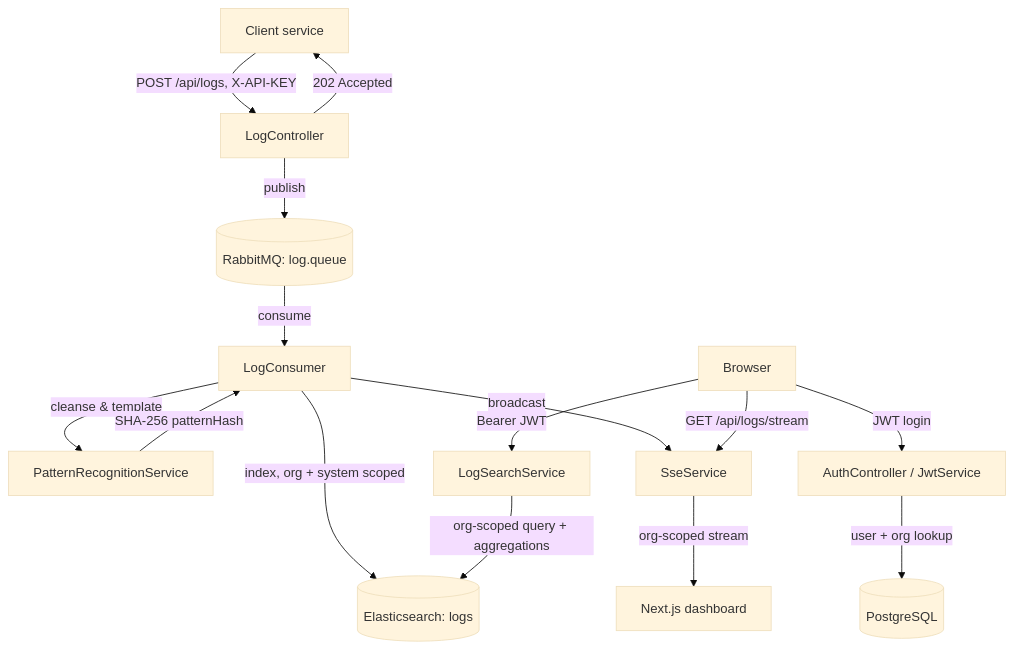
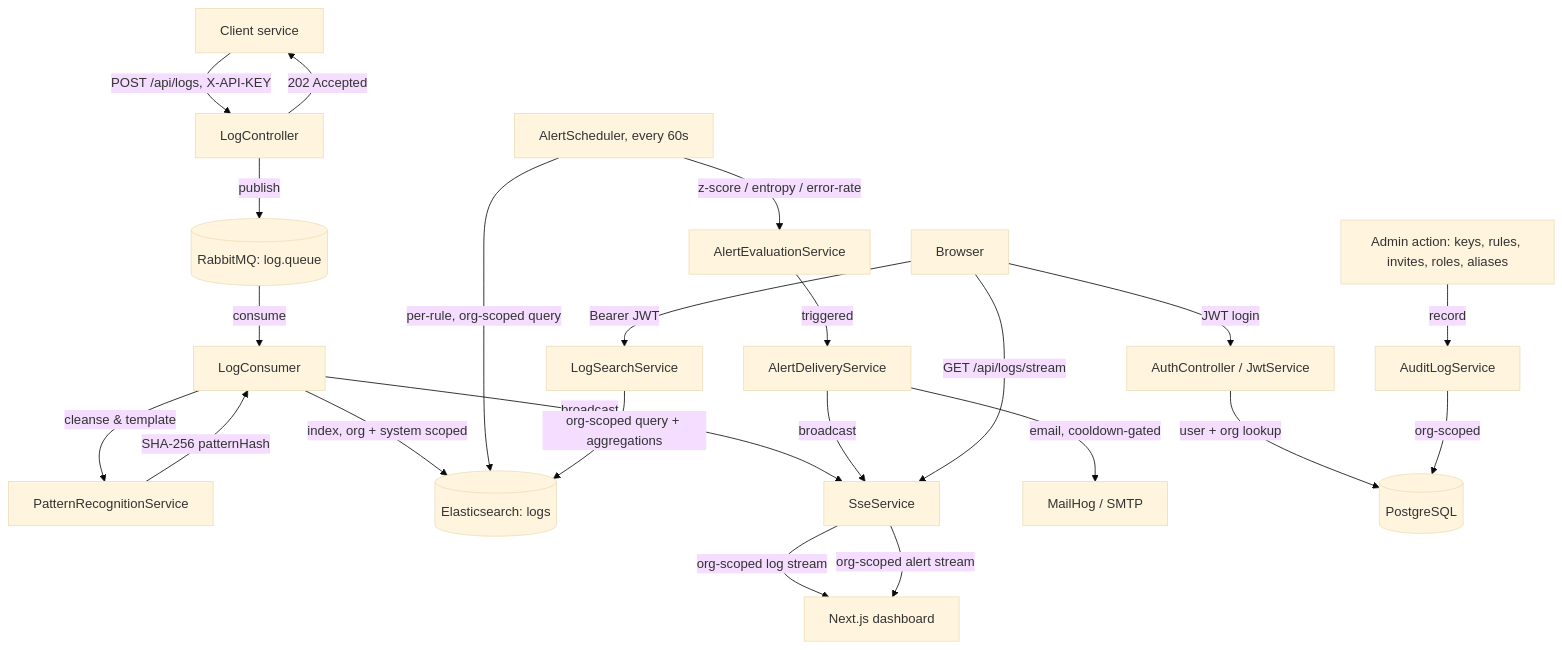
Before and after one commit to ARArnob/LogMetric: the diagram in README.md, drawn with Mermaid (base theme). The commit also changed other lines of this file, not shown here.

````diff
--- a/README.md
+++ b/README.md
@@ -26,20 +29,30 @@
 ```mermaid
 graph TD
     Client[Client service] -->|POST /api/logs, X-API-KEY| LC[LogController]
     LC -->|202 Accepted| Client
     LC -->|publish| RMQ[(RabbitMQ: log.queue)]
 
     RMQ -->|consume| LCons[LogConsumer]
     LCons -->|cleanse & template| PRS[PatternRecognitionService]
     PRS -->|SHA-256 patternHash| LCons
     LCons -->|index, org + system scoped| ES[(Elasticsearch: logs)]
     LCons -->|broadcast| SSE[SseService]
 
-    SSE -->|org-scoped stream| UI[Next.js dashboard]
+    SSE -->|org-scoped log stream| UI[Next.js dashboard]
+
+    Sched[AlertScheduler, every 60s] -->|per-rule, org-scoped query| ES
+    Sched -->|z-score / entropy / error-rate| AES[AlertEvaluationService]
+    AES -->|triggered| ADS[AlertDeliveryService]
+    ADS -->|email, cooldown-gated| Mail[MailHog / SMTP]
+    ADS -->|broadcast| SSE
+    SSE -->|org-scoped alert stream| UI
 
     Browser[Browser] -->|JWT login| Auth[AuthController / JwtService]
     Auth -->|user + org lookup| PG[(PostgreSQL)]
     Browser -->|Bearer JWT| Search[LogSearchService]
     Search -->|org-scoped query + aggregations| ES
     Browser -->|GET /api/logs/stream| SSE
+
+    Admin[Admin action: keys, rules, invites, roles, aliases] -->|record| Audit[AuditLogService]
+    Audit -->|org-scoped| PG
 ```
````
